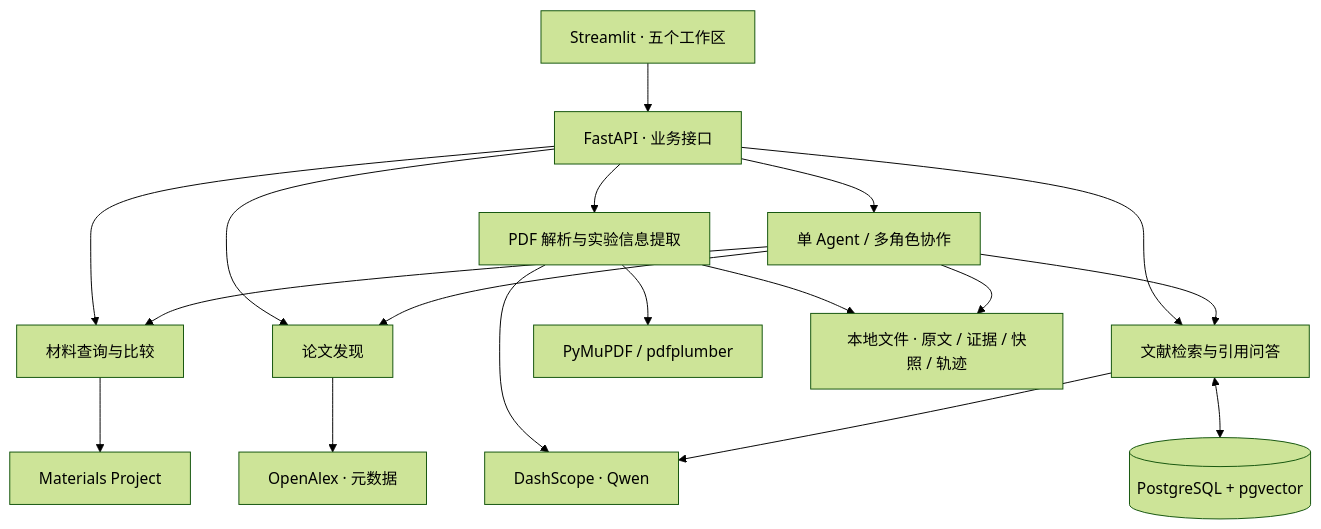
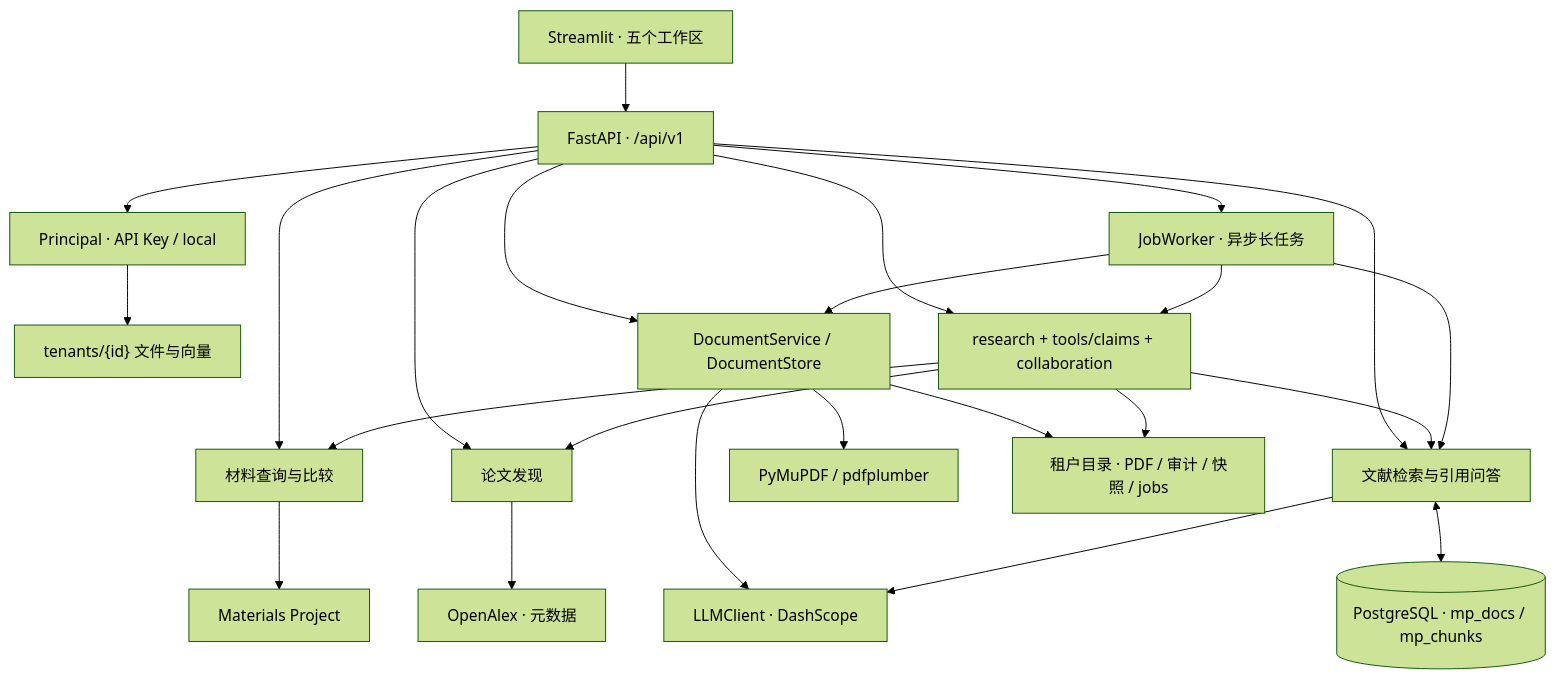
One commit to ivyfan-toowell/mat_pilot changed the diagram in README.md. Above: the diagram before and after it, drawn with Mermaid (forest theme). The commit also changed other lines of this file and 88 other files, not shown here.

```diff
--- a/README.md
+++ b/README.md
@@ -30,20 +30,26 @@
 ~~~mermaid
 flowchart TD
-    UI["Streamlit · 五个工作区"] --> API["FastAPI · 业务接口"]
+    UI["Streamlit · 五个工作区"] --> API["FastAPI · /api/v1"]
+    API --> AUTH["Principal · API Key / local"]
+    AUTH --> TENANT["tenants/{id} 文件与向量"]
+    API --> JOBS["JobWorker · 异步长任务"]
     API --> MAT["材料查询与比较"]
     API --> LIT["论文发现"]
-    API --> DOC["PDF 解析与实验信息提取"]
+    API --> DOC["DocumentService / DocumentStore"]
     API --> RAG["文献检索与引用问答"]
-    API --> AGENT["单 Agent / 多角色协作"]
+    API --> AGENT["research + tools/claims + collaboration"]
     MAT --> MP["Materials Project"]
     LIT --> OA["OpenAlex · 元数据"]
     DOC --> PARSE["PyMuPDF / pdfplumber"]
-    DOC --> MODEL["DashScope · Qwen"]
-    DOC --> FILES["本地文件 · 原文 / 证据 / 快照 / 轨迹"]
-    RAG --> MODEL
-    RAG <--> PG[("PostgreSQL + pgvector")]
+    DOC --> LLM["LLMClient · DashScope"]
+    DOC --> FILES["租户目录 · PDF / 审计 / 快照 / jobs"]
+    RAG --> LLM
+    RAG <--> PG[("PostgreSQL · mp_docs / mp_chunks")]
     AGENT --> MAT
     AGENT --> LIT
     AGENT --> RAG
     AGENT --> FILES
+    JOBS --> AGENT
+    JOBS --> DOC
+    JOBS --> RAG
 ~~~
```
